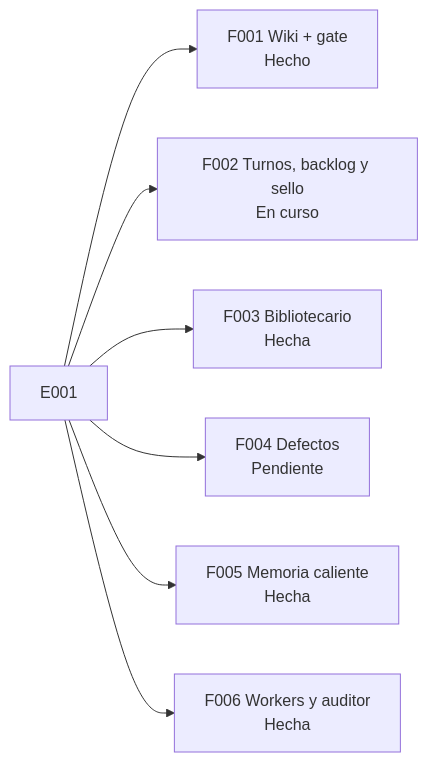
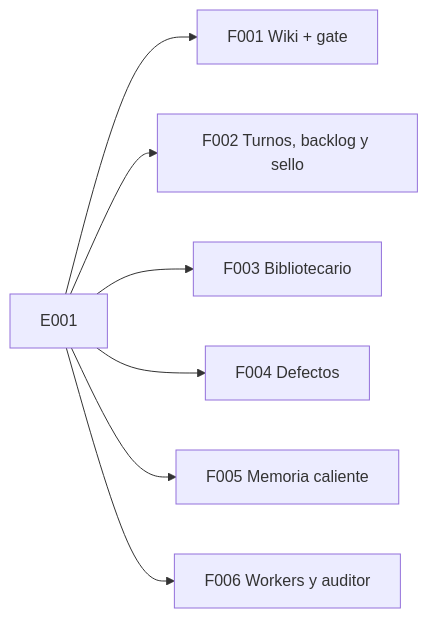
Before and after one commit to jliberal-aquas/aquas-central-harness-government: the second of 2 diagrams in docs/E001/README.md, drawn with Mermaid. The commit also changed other lines of this file and 42 other files, not shown here.

````diff
--- a/docs/E001/README.md
+++ b/docs/E001/README.md
@@ -121,9 +121,9 @@
 ```mermaid
 flowchart LR
-    E["E001"] --> F1["F001 Wiki + gate<br/>Hecho"]
-    E --> F2["F002 Turnos, backlog y sello<br/>En curso"]
-    E --> F3["F003 Bibliotecario<br/>Hecha"]
-    E --> F4["F004 Defectos<br/>Pendiente"]
-    E --> F5["F005 Memoria caliente<br/>Hecha"]
-    E --> F6["F006 Workers y auditor<br/>Hecha"]
+    E["E001"] --> F1["F001 Wiki + gate"]
+    E --> F2["F002 Turnos, backlog y sello"]
+    E --> F3["F003 Bibliotecario"]
+    E --> F4["F004 Defectos"]
+    E --> F5["F005 Memoria caliente"]
+    E --> F6["F006 Workers y auditor"]
 ```
````
